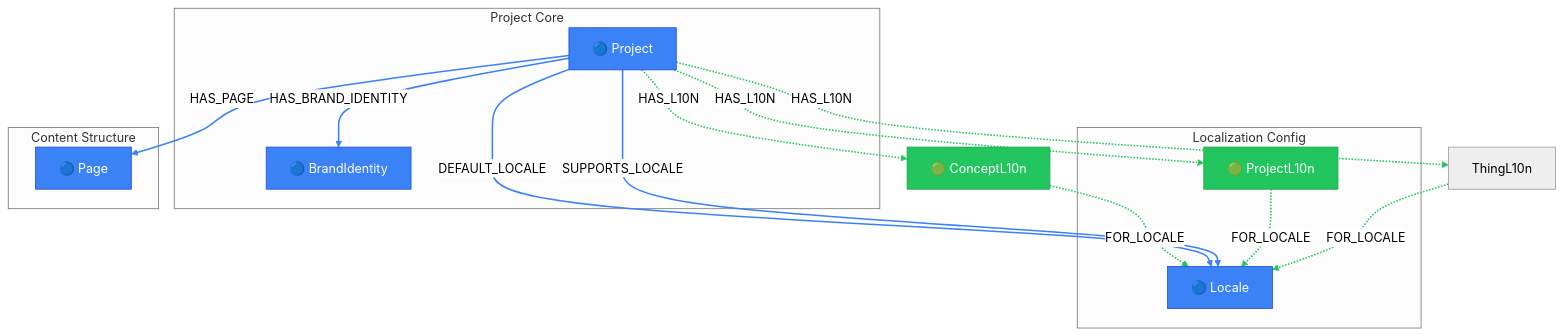
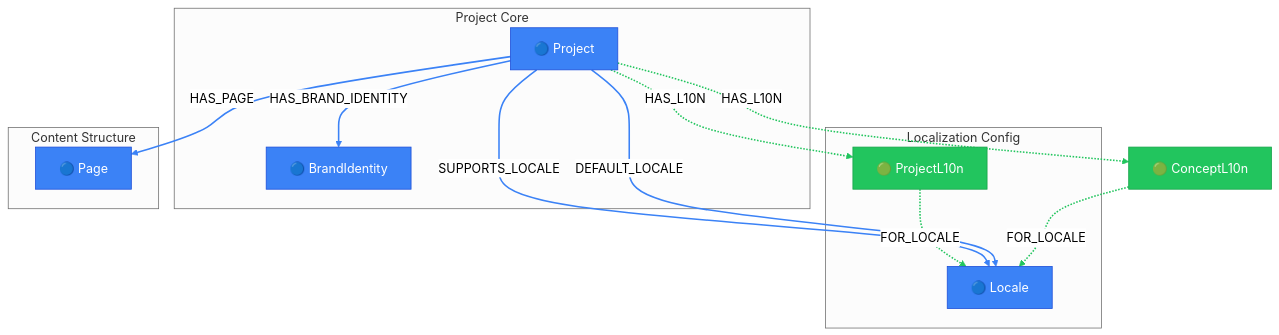
One commit to supernovae-st/novanet changed the diagram in packages/core/models/docs/project-context.md. Above: the diagram before and after it, drawn with Mermaid (neutral theme). The commit also changed 19 other files, not shown here.

First line of the commit message:
docs(v10.1): comprehensive cleanup after SEO architecture refactor

````diff
--- a/packages/core/models/docs/project-context.md
+++ b/packages/core/models/docs/project-context.md
@@ -25,53 +25,51 @@
 ```mermaid
 flowchart TB
   %% View: Project Context (project-context)
-  %% 6 nodes, 10 edges
+  %% 6 nodes, 8 edges
 
   %% Trait styling (node_trait)
   classDef invariant fill:#3b82f6,stroke:#1d4ed8,color:#fff
   classDef localized fill:#22c55e,stroke:#16a34a,color:#fff
   classDef knowledge fill:#8b5cf6,stroke:#7c3aed,color:#fff
   classDef derived fill:#9ca3af,stroke:#6b7280,color:#fff
   classDef job fill:#6b7280,stroke:#4b5563,color:#fff
 
   subgraph PROJECT_CORE["Project Core"]
     Project["🔵 Project"]
     BrandIdentity["🔵 BrandIdentity"]
   end
 
   subgraph LOCALIZATION_CONFIG["Localization Config"]
     ProjectL10n["🟢 ProjectL10n"]
     Locale["🔵 Locale"]
   end
 
   subgraph CONTENT_STRUCTURE["Content Structure"]
     Page["🔵 Page"]
   end
 
   %% Additional reachable nodes
   ConceptL10n["🟢 ConceptL10n"]
 
   %% Relationships (styled by arc family)
   ConceptL10n -.->|FOR_LOCALE| Locale
   Project -->|DEFAULT_LOCALE| Locale
   Project -->|HAS_BRAND_IDENTITY| BrandIdentity
   Project -.->|HAS_L10N| ConceptL10n
   Project -.->|HAS_L10N| ProjectL10n
-  Project -.->|HAS_L10N| ThingL10n
   Project -->|HAS_PAGE| Page
   Project -->|SUPPORTS_LOCALE| Locale
   ProjectL10n -.->|FOR_LOCALE| Locale
-  ThingL10n -.->|FOR_LOCALE| Locale
 
   %% Edge colors by family
-  linkStyle 0,3,4,5,8,9 stroke:#22c55e,stroke-width:2px
-  linkStyle 1,2,6,7 stroke:#3b82f6,stroke-width:2px
+  linkStyle 0,3,4,7 stroke:#22c55e,stroke-width:2px
+  linkStyle 1,2,5,6 stroke:#3b82f6,stroke-width:2px
 
   %% Class assignments
   class BrandIdentity invariant
   class ConceptL10n localized
   class Locale invariant
   class Page invariant
   class Project invariant
   class ProjectL10n localized
 ```
````
